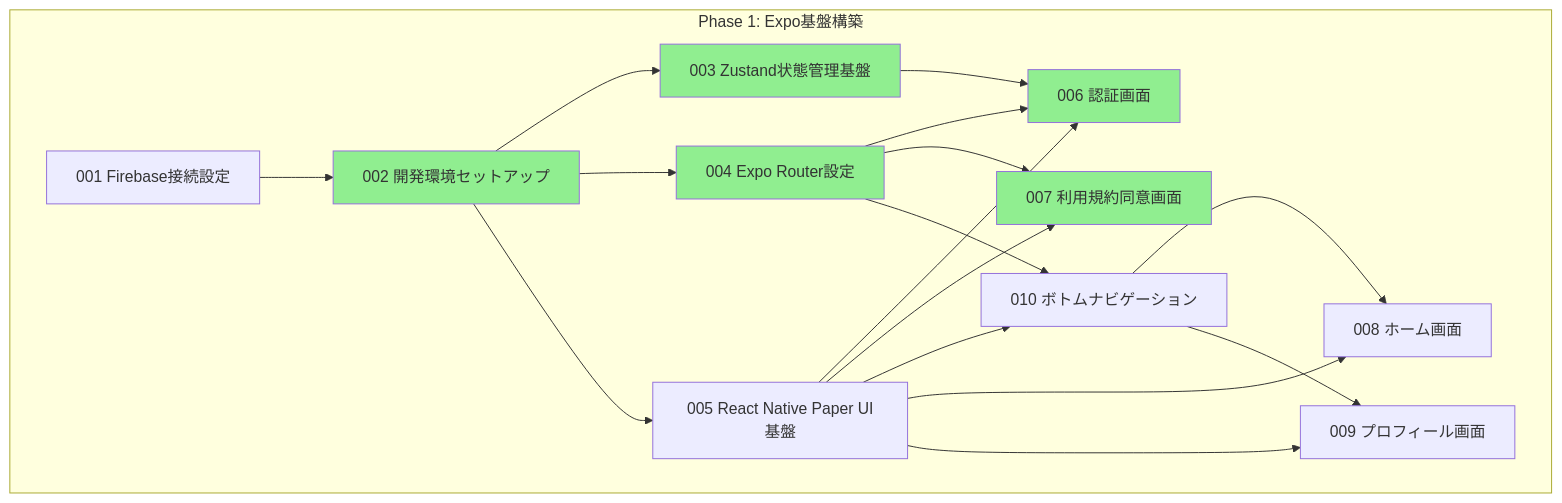
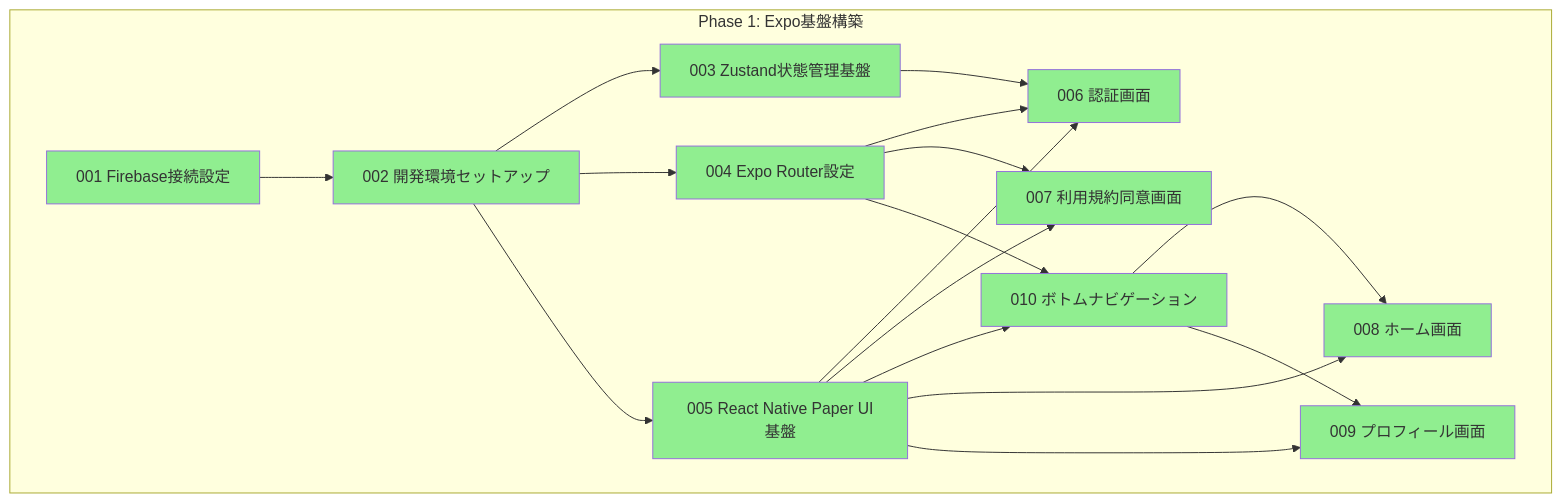
Before and after one commit to Daiki01234567/ai_fitness_app: the second of 3 diagrams in docs/expo/tickets/000-ticket-overview.md, drawn with Mermaid. The commit also changed other lines of this file and 93 other files, not shown here.

````diff
--- a/docs/expo/tickets/000-ticket-overview.md
+++ b/docs/expo/tickets/000-ticket-overview.md
@@ -277,37 +277,42 @@
 ```mermaid
 graph TD
     subgraph Phase1[Phase 1: Expo基盤構築]
         001[001 Firebase接続設定]
         002[002 開発環境セットアップ]
         003[003 Zustand状態管理基盤]
         004[004 Expo Router設定]
         005[005 React Native Paper UI基盤]
         006[006 認証画面]
         007[007 利用規約同意画面]
         008[008 ホーム画面]
         009[009 プロフィール画面]
         010[010 ボトムナビゲーション]
 
         001 --> 002
         002 --> 003
         002 --> 004
         002 --> 005
         003 --> 006
         004 --> 006
         005 --> 006
         004 --> 007
         005 --> 007
         004 --> 010
         005 --> 010
         005 --> 008
         005 --> 009
         010 --> 008
         010 --> 009
     end
 
+    style 001 fill:#90EE90
     style 002 fill:#90EE90
     style 003 fill:#90EE90
     style 004 fill:#90EE90
+    style 005 fill:#90EE90
     style 006 fill:#90EE90
     style 007 fill:#90EE90
+    style 008 fill:#90EE90
+    style 009 fill:#90EE90
+    style 010 fill:#90EE90
 ```
````
